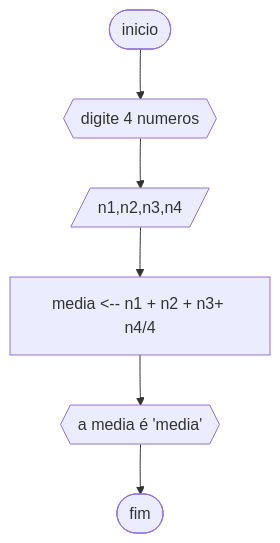
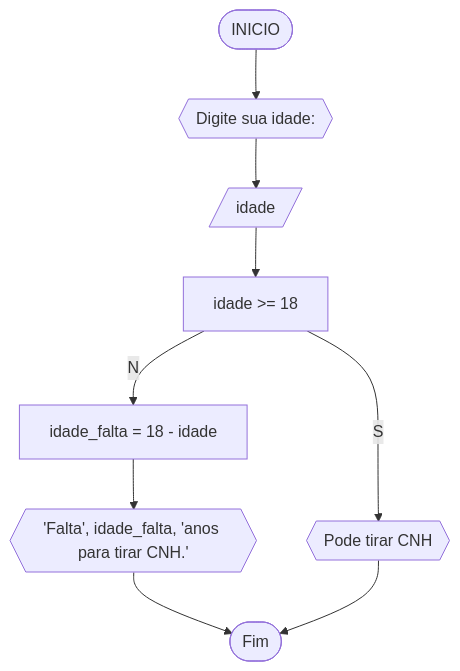
One commit to RogerSv10/unifor changed the fourth of 4 diagrams in RLA/lista1_exercicios.md. Above: the diagram before and after it, drawn with Mermaid. The commit also changed other lines of this file, not shown here.

````diff
--- a/RLA/lista1_exercicios.md
+++ b/RLA/lista1_exercicios.md
@@ -67,8 +142,11 @@
 ```mermaid
 flowchart TD
-a([inicio]) --> b{{digite 4 numeros}}
-b --> c[/n1,n2,n3,n4/]
-c --> d[media <-- n1 + n2 + n3+ n4/4]
-d --> e{{a media é 'media'}}
-e --> f([fim])
+A([INICIO]) --> B{{Digite sua idade: }}
+B --> C[/idade/]
+C --> D[idade >= 18]
+D --N--> F[idade_falta = 18 - idade]
+F --> G{{'Falta', idade_falta, 'anos para tirar CNH.'}}
+D --S--> E{{Pode tirar CNH}}
+G --> H([Fim])
+E --> H
 ```
````
